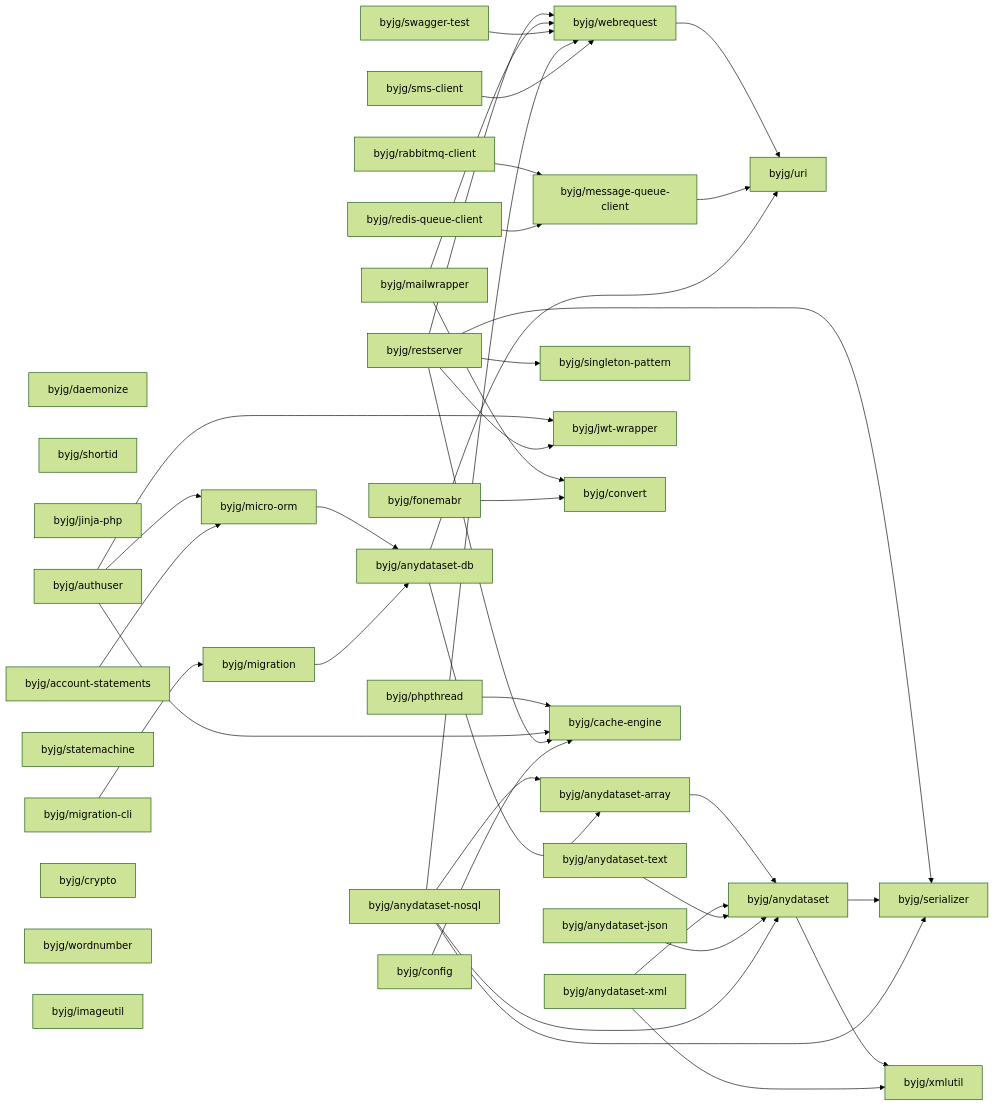
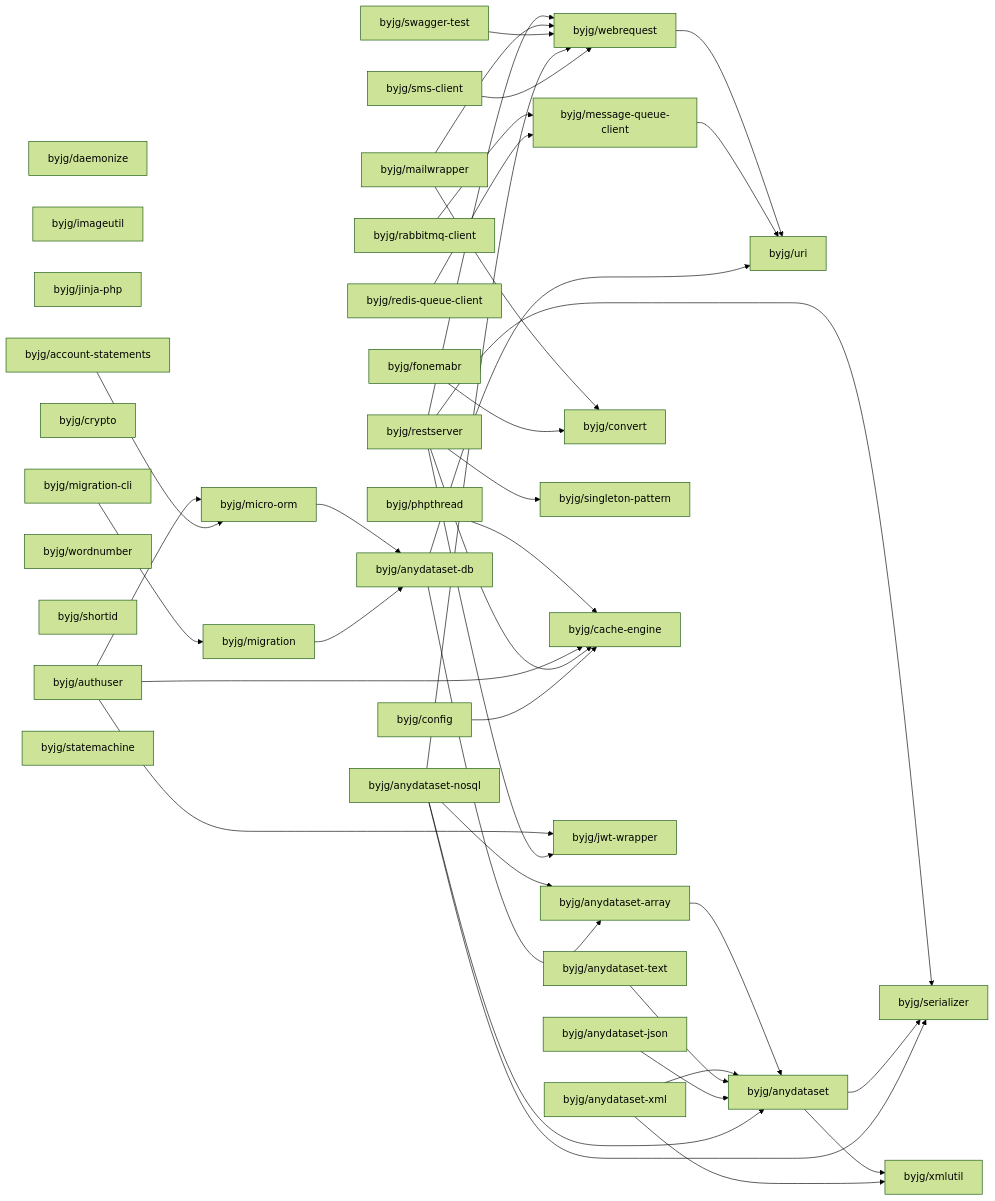
Before and after one commit to byjg/byjg.github.io: the diagram in docs/php/README.md, drawn with Mermaid (forest theme). The commit also changed other lines of this file, not shown here.

Commit message:
Update documentation 'php' 'php-micro-orm'

````diff
--- a/docs/php/README.md
+++ b/docs/php/README.md
@@ -3,76 +3,76 @@
 ```mermaid
 graph LR;
-  byjg/fonemabr;
-  byjg/config;
+  byjg/mailwrapper;
+  byjg/redis-queue-client;
+  byjg/anydataset-nosql;
   byjg/daemonize;
-  byjg/sms-client;
   byjg/rabbitmq-client;
-  byjg/redis-queue-client;
-  byjg/restserver;
-  byjg/shortid;
-  byjg/anydataset-json;
-  byjg/anydataset-text;
+  byjg/swagger-test;
+  byjg/imageutil;
   byjg/jinja-php;
   byjg/anydataset-xml;
   byjg/authuser;
-  byjg/mailwrapper;
   byjg/phpthread;
+  byjg/crypto;
   byjg/migration-cli;
+  byjg/fonemabr;
+  byjg/anydataset-json;
+  byjg/wordnumber;
+  byjg/config;
+  byjg/shortid;
+  byjg/account-statements;
+  byjg/restserver;
   byjg/statemachine;
-  byjg/anydataset-nosql;
-  byjg/account-statements;
-  byjg/swagger-test;
-  byjg/crypto;
-  byjg/wordnumber;
-  byjg/imageutil;
+  byjg/anydataset-text;
+  byjg/sms-client;
   byjg/message-queue-client;
+  byjg/migration;
+  byjg/convert;
+  byjg/micro-orm;
   byjg/singleton-pattern;
+  byjg/cache-engine;
   byjg/jwt-wrapper;
-  byjg/convert;
-  byjg/cache-engine;
-  byjg/migration;
-  byjg/micro-orm;
   byjg/webrequest;
   byjg/anydataset-db;
   byjg/anydataset-array;
   byjg/uri;
   byjg/anydataset;
   byjg/serializer;
   byjg/xmlutil;
   byjg/phpthread --> byjg/cache-engine;
   byjg/micro-orm --> byjg/anydataset-db;
   byjg/authuser --> byjg/micro-orm;
   byjg/authuser --> byjg/cache-engine;
   byjg/authuser --> byjg/jwt-wrapper;
   byjg/anydataset-array --> byjg/anydataset;
   byjg/restserver --> byjg/serializer;
   byjg/restserver --> byjg/singleton-pattern;
   byjg/restserver --> byjg/cache-engine;
   byjg/restserver --> byjg/webrequest;
   byjg/restserver --> byjg/jwt-wrapper;
   byjg/mailwrapper --> byjg/convert;
   byjg/mailwrapper --> byjg/webrequest;
   byjg/swagger-test --> byjg/webrequest;
   byjg/migration --> byjg/anydataset-db;
   byjg/account-statements --> byjg/micro-orm;
   byjg/anydataset --> byjg/serializer;
   byjg/anydataset --> byjg/xmlutil;
   byjg/fonemabr --> byjg/convert;
   byjg/anydataset-xml --> byjg/anydataset;
   byjg/anydataset-xml --> byjg/xmlutil;
   byjg/webrequest --> byjg/uri;
   byjg/config --> byjg/cache-engine;
   byjg/migration-cli --> byjg/migration;
   byjg/anydataset-text --> byjg/anydataset;
   byjg/message-queue-client --> byjg/uri;
   byjg/anydataset-json --> byjg/anydataset;
   byjg/anydataset-nosql --> byjg/anydataset;
   byjg/anydataset-nosql --> byjg/anydataset-array;
   byjg/anydataset-nosql --> byjg/serializer;
   byjg/anydataset-nosql --> byjg/webrequest;
   byjg/anydataset-db --> byjg/anydataset-array;
   byjg/anydataset-db --> byjg/uri;
   byjg/rabbitmq-client --> byjg/message-queue-client;
   byjg/redis-queue-client --> byjg/message-queue-client;
   byjg/sms-client --> byjg/webrequest;
 ```
````
